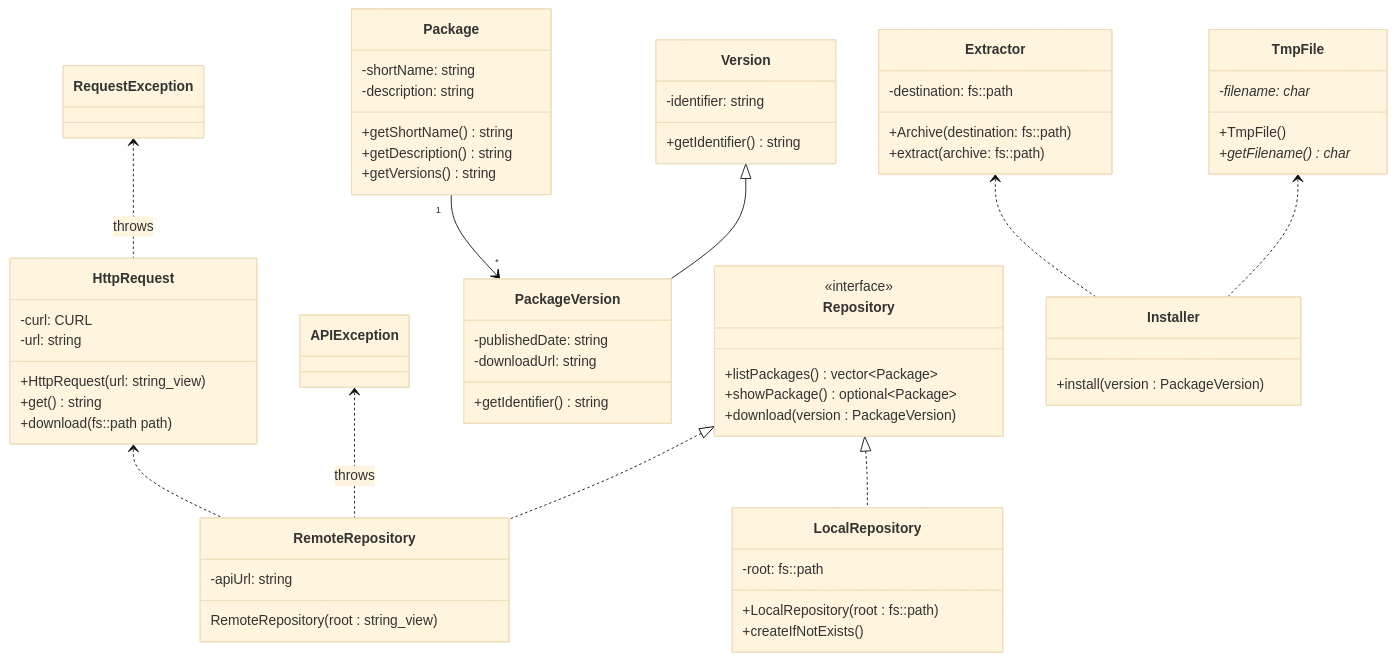
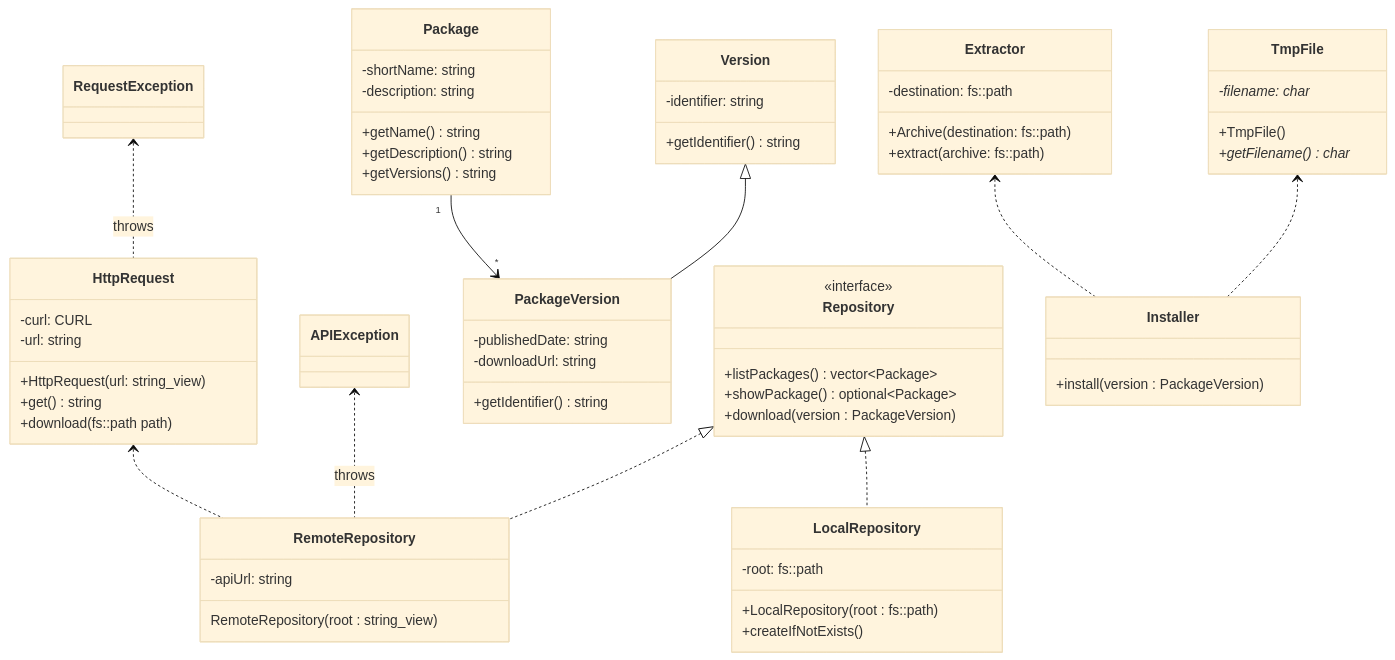
The second of 4 diagrams in cli/ARCHITECTURE.md (Mr-Quokka/oki), drawn with Mermaid (base theme) before and after one commit. The commit also changed 15 other files, not shown here.

Commit message:
*: Renomme short_name en name

````diff
--- a/cli/ARCHITECTURE.md
+++ b/cli/ARCHITECTURE.md
@@ -50,71 +50,71 @@
 ```mermaid
 classDiagram
     class Extractor {
         -destination: fs::path
         +Archive(destination: fs::path)
         +extract(archive: fs::path)
     }
 
     RequestException <.. HttpRequest : throws
     APIException <.. RemoteRepository : throws
     class HttpRequest {
         -curl: CURL
         -url: string
         +HttpRequest(url: string_view)
         +get() string
         +download(fs::path path)
     }
     class RequestException {
     }
     class APIException {
     }
     class TmpFile {
         -filename: char*
         +TmpFile()
         +getFilename() char*
     }
 
     Version <|-- PackageVersion
     class Package {
         -shortName: string
         -description: string
-        +getShortName() string
+        +getName() string
         +getDescription() string
         +getVersions() string
     }
     Package "1" --> "*" PackageVersion
     class Version {
         -identifier: string
         +getIdentifier() string
     }
     class PackageVersion {
         -publishedDate: string
         -downloadUrl: string
         +getIdentifier() string
     }
 
     Repository <|.. LocalRepository
     Repository <|.. RemoteRepository
     HttpRequest <.. RemoteRepository
     class Repository {
         +listPackages() vector~Package~
         +showPackage() optional~Package~
         +download(version : PackageVersion)
     }
     <<interface>> Repository
     class LocalRepository {
         -root: fs::path
         +LocalRepository(root : fs::path)
         +createIfNotExists()
     }
     class RemoteRepository {
         -apiUrl: string
         RemoteRepository(root : string_view)
     }
 
     TmpFile <.. Installer
     Extractor <.. Installer
     class Installer {
         +install(version : PackageVersion)
     }
 ```
````
